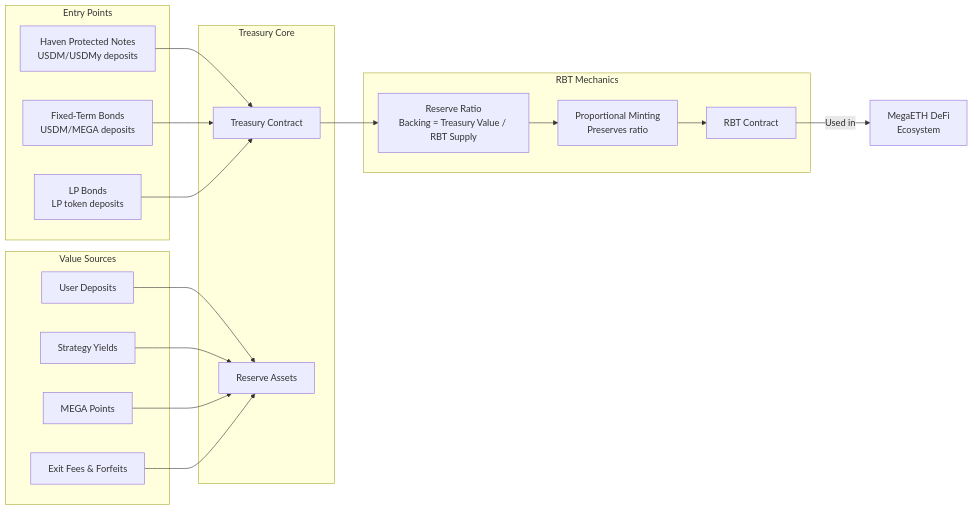
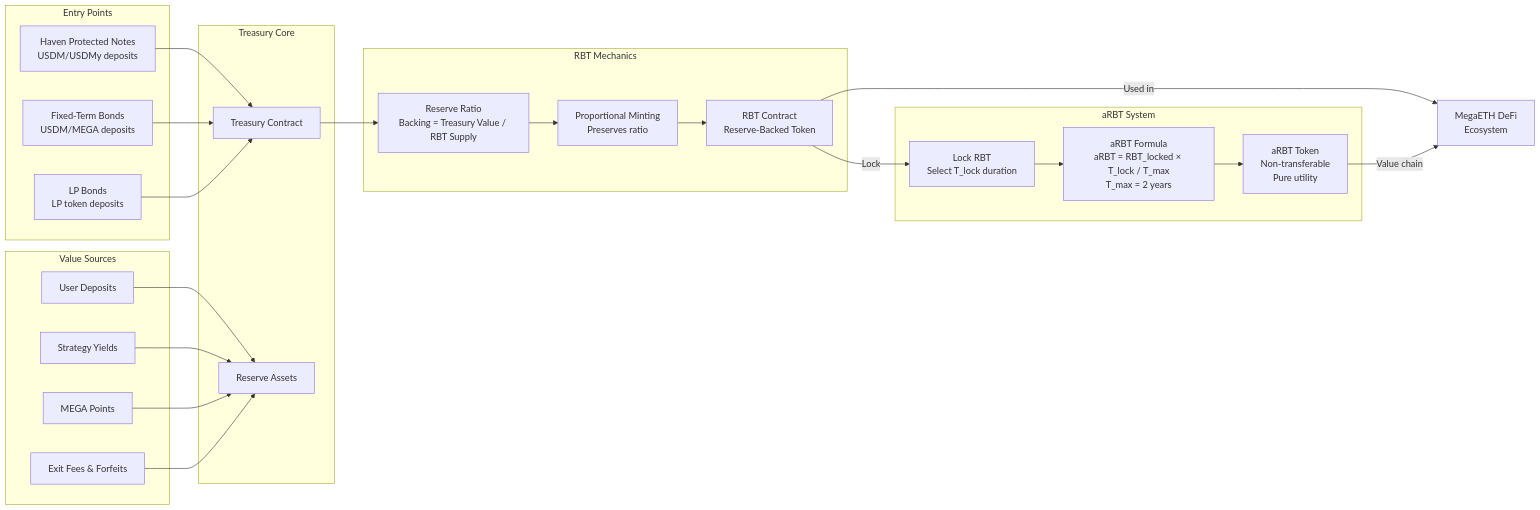
The first of 6 diagrams in blackhaven-corrected-diagrams.md (0xJaehaerys/ohmega), drawn with Mermaid before and after one commit. The commit also changed other lines of this file and 2 other files, not shown here.

First line of the commit message:
Integrate aRBT formulas into existing diagrams

````diff
--- a/blackhaven-corrected-diagrams.md
+++ b/blackhaven-corrected-diagrams.md
@@ -5,41 +5,52 @@
 ```mermaid
 graph LR
     subgraph "Entry Points"
         HPN[Haven Protected Notes<br/>USDM/USDMy deposits]
         BONDS[Fixed-Term Bonds<br/>USDM/MEGA deposits]
         LP_BONDS[LP Bonds<br/>LP token deposits]
     end
     
     subgraph "Treasury Core"
         TREASURY[Treasury Contract]
         RESERVE[Reserve Assets]
     end
     
     subgraph "RBT Mechanics"
-        RBT[RBT Contract]
+        RBT[RBT Contract<br/>Reserve-Backed Token]
         RATIO[Reserve Ratio<br/>Backing = Treasury Value / RBT Supply]
         MINT[Proportional Minting<br/>Preserves ratio]
+    end
+    
+    subgraph "aRBT System"
+        LOCK[Lock RBT<br/>Select T_lock duration]
+        ARBT_FORMULA[aRBT Formula<br/>aRBT = RBT_locked × T_lock / T_max<br/>T_max = 2 years]
+        ARBT[aRBT Token<br/>Non-transferable<br/>Pure utility]
     end
     
     subgraph "Value Sources"
         DEPOSITS[User Deposits]
         YIELD[Strategy Yields]
         POINTS[MEGA Points]
         FEES[Exit Fees & Forfeits]
     end
     
     HPN --> TREASURY
     BONDS --> TREASURY
     LP_BONDS --> TREASURY
     
     DEPOSITS --> RESERVE
     YIELD --> RESERVE
     POINTS --> RESERVE
     FEES --> RESERVE
     
     TREASURY --> RATIO
     RATIO --> MINT
     MINT --> RBT
     
+    RBT -->|Lock| LOCK
+    LOCK --> ARBT_FORMULA
+    ARBT_FORMULA --> ARBT
+    
     RBT -->|Used in| DEFI[MegaETH DeFi<br/>Ecosystem]
+    ARBT -->|Value chain| DEFI
 ```
````
